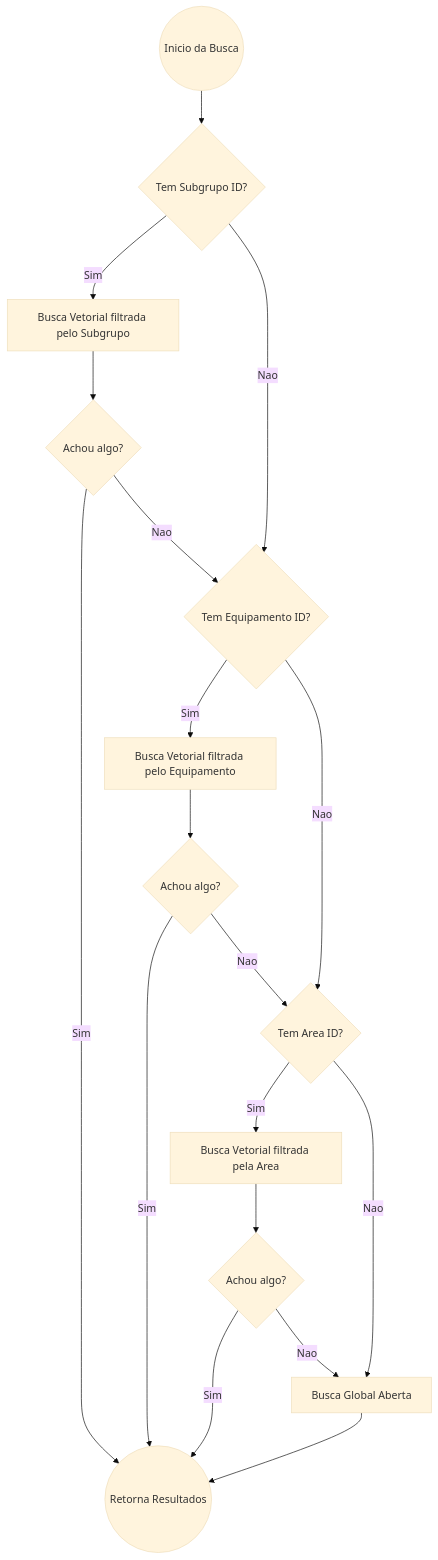
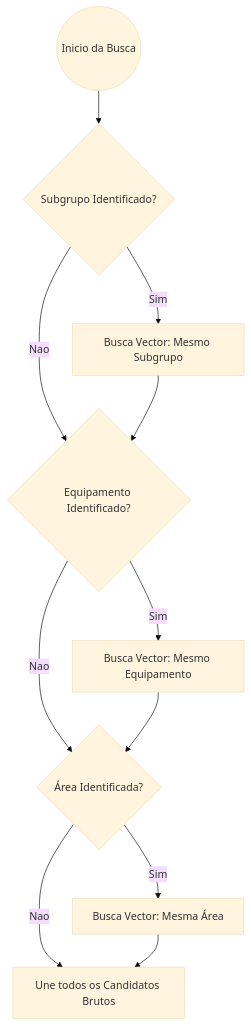
One commit to GuimaraesL/RCA-System changed the second of 2 diagrams in docs/ai/rag_pipeline.md. Above: the diagram before and after it, drawn with Mermaid (base theme). The commit also changed other lines of this file and 6 other files, not shown here.

````diff
--- a/docs/ai/rag_pipeline.md
+++ b/docs/ai/rag_pipeline.md
@@ -45,25 +42,18 @@
 ```mermaid
 flowchart TD
-    Start((Inicio da Busca)) --> Subgrupo{Tem Subgrupo ID?}
-    Subgrupo -- Sim --> B1[Busca Vetorial filtrada pelo Subgrupo]
+    Start((Inicio da Busca)) --> Subgrupo{Subgrupo Identificado?}
+    Subgrupo -- Sim --> B1[Busca Vector: Mesmo Subgrupo]
     Subgrupo -- Nao --> Equipamento
     
-    B1 --> Res1{Achou algo?}
-    Res1 -- Sim --> Fim((Retorna Resultados))
-    Res1 -- Nao --> Equipamento{Tem Equipamento ID?}
+    B1 --> Equipamento{Equipamento Identificado?}
     
-    Equipamento -- Sim --> B2[Busca Vetorial filtrada pelo Equipamento]
+    Equipamento -- Sim --> B2[Busca Vector: Mesmo Equipamento]
     Equipamento -- Nao --> Area
     
-    B2 --> Res2{Achou algo?}
-    Res2 -- Sim --> Fim
-    Res2 -- Nao --> Area{Tem Area ID?}
+    B2 --> Area{Área Identificada?}
     
-    Area -- Sim --> B3[Busca Vetorial filtrada pela Area]
-    Area -- Nao --> Global
+    Area -- Sim --> B3[Busca Vector: Mesma Área]
+    Area -- Nao --> Join
     
-    B3 --> Res3{Achou algo?}
-    Res3 -- Sim --> Fim
-    Res3 -- Nao --> Global[Busca Global Aberta]
-    Global --> Fim
+    B3 --> Join[Une todos os Candidatos Brutos]
 ```
````
